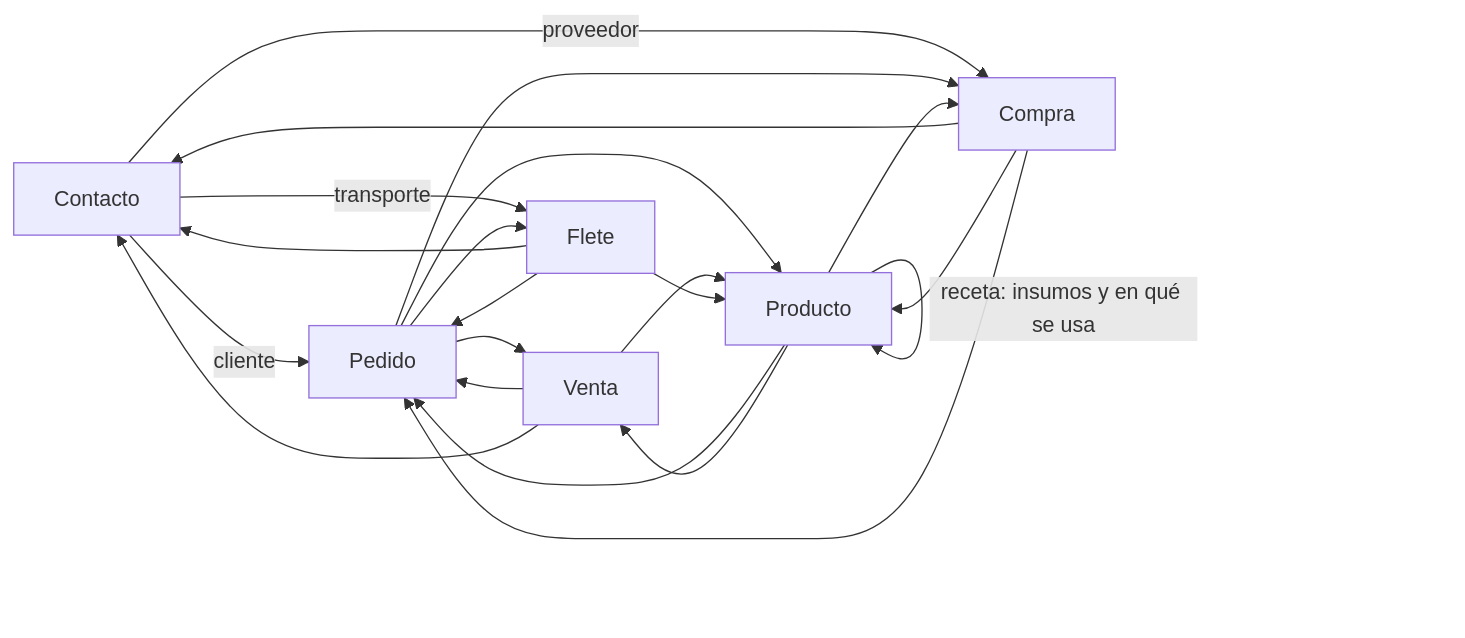
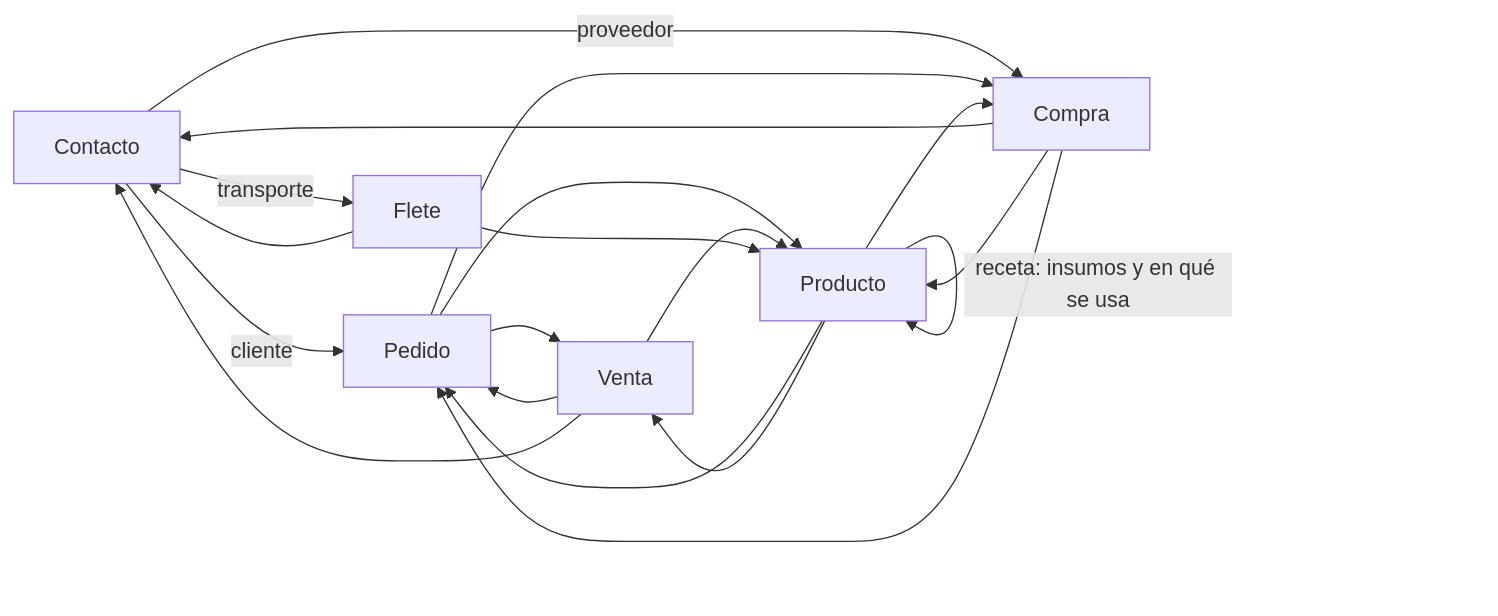
Before and after one commit to magalipujol/ERPeq: the diagram in spec/fichas.md, drawn with Mermaid. The commit also changed other lines of this file and 33 other files, not shown here.

````diff
--- a/spec/fichas.md
+++ b/spec/fichas.md
@@ -35,23 +35,21 @@
 ```mermaid
 flowchart LR
   C[Contacto] -->|cliente| PE[Pedido]
   C -->|proveedor| CO[Compra]
   C -->|transporte| FL[Flete]
   PE --> V[Venta]
-  PE --> FL
   PE --> CO
   PE --> PR[Producto]
   V --> PE
   V --> C
   V --> PR
   FL --> C
-  FL --> PE
   FL --> PR
   CO --> C
   CO --> PR
   CO --> PE
   PR --> PE
   PR --> V
   PR --> CO
   PR -->|receta: insumos y en qué se usa| PR
 ```
````
